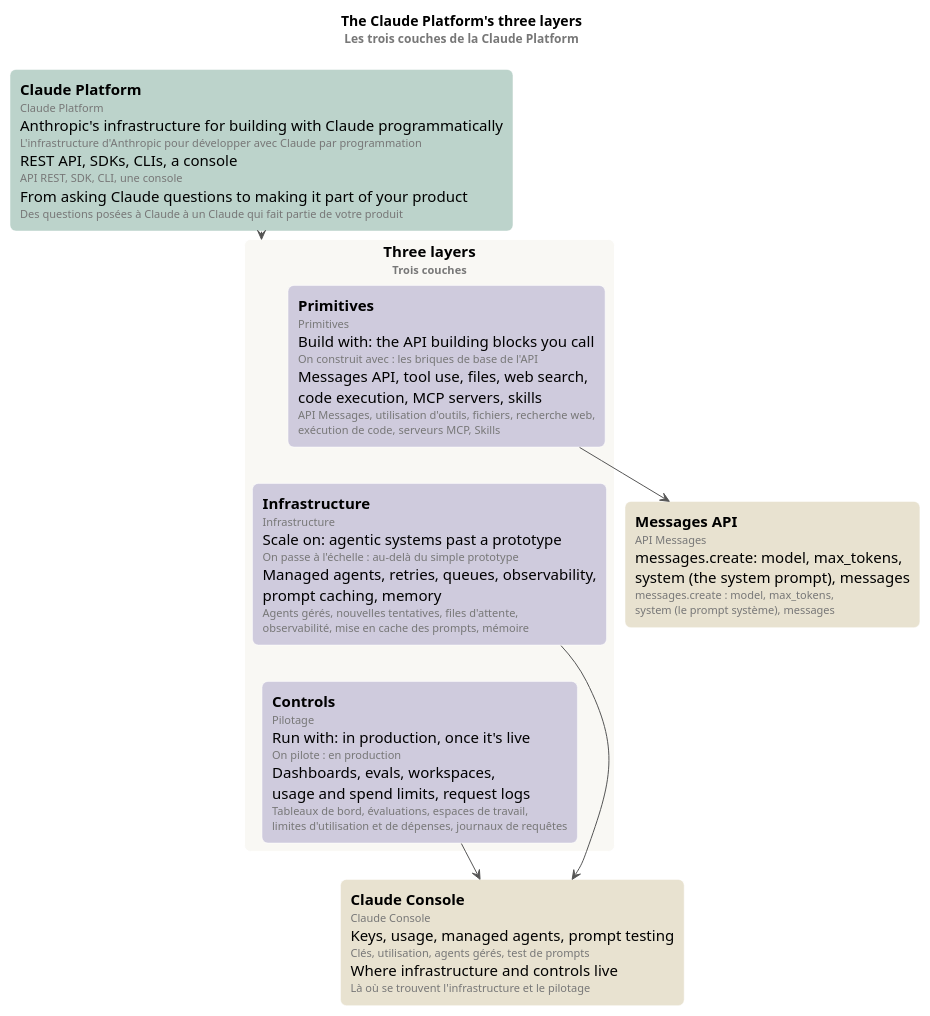
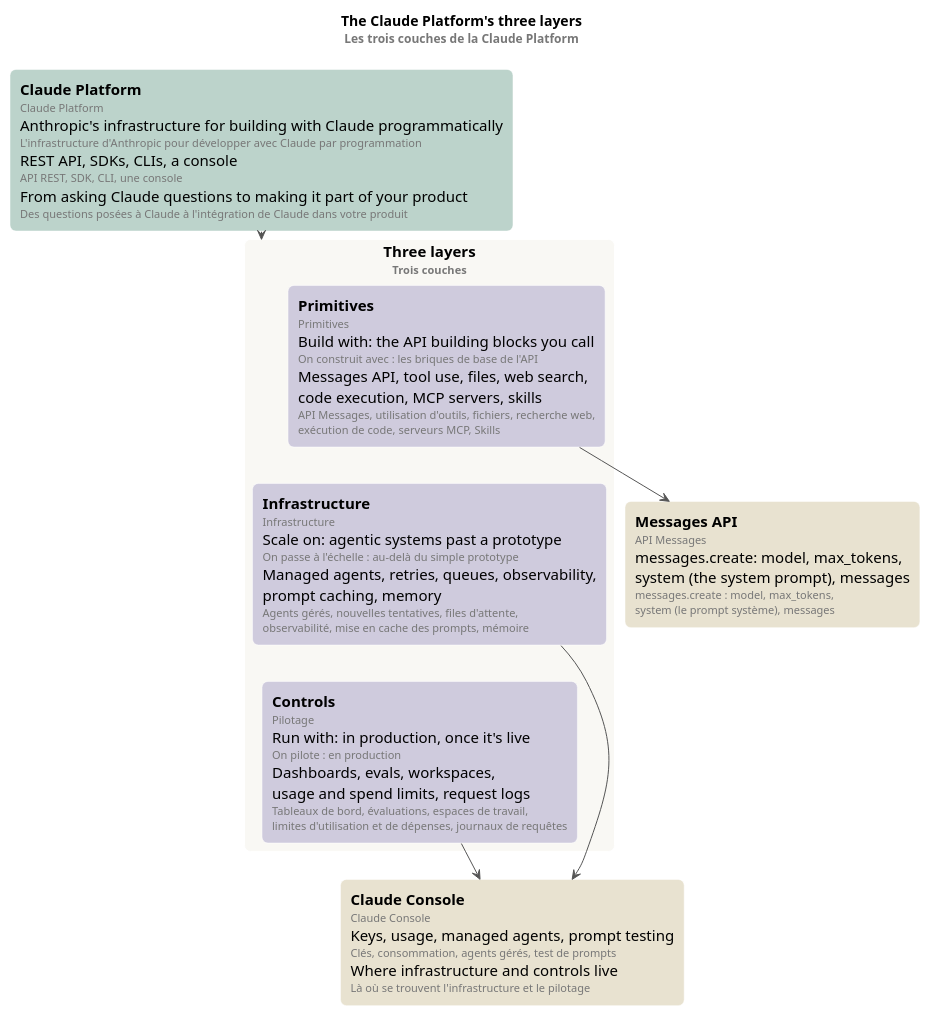
The diagram in 05-claude-platform-101/mindmap/three-layers.puml (ltruchot/anthropic-academy-ai-glossary), drawn with PlantUML before and after one commit. The commit also changed 2 other files, not shown here.

```diff
--- a/05-claude-platform-101/mindmap/three-layers.puml
+++ b/05-claude-platform-101/mindmap/three-layers.puml
@@ -1,42 +1,42 @@
 @startuml three-layers
 ' Render: java -jar plantuml.jar -tsvg three-layers.puml (smetana: no Graphviz needed).
 !pragma layout smetana
 
 skinparam defaultFontName Helvetica
 skinparam shadowing false
 skinparam roundCorner 12
 skinparam ArrowColor #555555
 skinparam rectangle {
   BorderColor #FFFFFF
   FontSize 15
 }
 <style>
 rectangle {
   MinimumWidth 230
 }
 </style>
 
 title The Claude Platform's three layers\n<size:12><color:#777>Les trois couches de la Claude Platform</color></size>
 
-rectangle "**Claude Platform**\n<size:11><color:#777>Claude Platform</color></size>\nAnthropic's infrastructure for building with Claude programmatically\n<size:11><color:#777>L'infrastructure d'Anthropic pour développer avec Claude par programmation</color></size>\nREST API, SDKs, CLIs, a console\n<size:11><color:#777>API REST, SDK, CLI, une console</color></size>\nFrom asking Claude questions to making it part of your product\n<size:11><color:#777>Des questions posées à Claude à un Claude qui fait partie de votre produit</color></size>" as CP #BCD3CB
+rectangle "**Claude Platform**\n<size:11><color:#777>Claude Platform</color></size>\nAnthropic's infrastructure for building with Claude programmatically\n<size:11><color:#777>L'infrastructure d'Anthropic pour développer avec Claude par programmation</color></size>\nREST API, SDKs, CLIs, a console\n<size:11><color:#777>API REST, SDK, CLI, une console</color></size>\nFrom asking Claude questions to making it part of your product\n<size:11><color:#777>Des questions posées à Claude à l'intégration de Claude dans votre produit</color></size>" as CP #BCD3CB
 
 rectangle "**Three layers**\n<size:11><color:#777>Trois couches</color></size>" as THREE #F9F8F4 {
   rectangle "**Primitives**\n<size:11><color:#777>Primitives</color></size>\nBuild with: the API building blocks you call\n<size:11><color:#777>On construit avec : les briques de base de l'API</color></size>\nMessages API, tool use, files, web search,\ncode execution, MCP servers, skills\n<size:11><color:#777>API Messages, utilisation d'outils, fichiers, recherche web,</color></size>\n<size:11><color:#777>exécution de code, serveurs MCP, Skills</color></size>" as PR #CFCBDD
   rectangle "**Infrastructure**\n<size:11><color:#777>Infrastructure</color></size>\nScale on: agentic systems past a prototype\n<size:11><color:#777>On passe à l'échelle : au-delà du simple prototype</color></size>\nManaged agents, retries, queues, observability,\nprompt caching, memory\n<size:11><color:#777>Agents gérés, nouvelles tentatives, files d'attente,</color></size>\n<size:11><color:#777>observabilité, mise en cache des prompts, mémoire</color></size>" as IN #CFCBDD
   rectangle "**Controls**\n<size:11><color:#777>Pilotage</color></size>\nRun with: in production, once it's live\n<size:11><color:#777>On pilote : en production</color></size>\nDashboards, evals, workspaces,\nusage and spend limits, request logs\n<size:11><color:#777>Tableaux de bord, évaluations, espaces de travail,</color></size>\n<size:11><color:#777>limites d'utilisation et de dépenses, journaux de requêtes</color></size>" as CO #CFCBDD
 }
 
 rectangle "**Messages API**\n<size:11><color:#777>API Messages</color></size>\nmessages.create: model, max_tokens,\nsystem (the system prompt), messages\n<size:11><color:#777>messages.create : model, max_tokens,</color></size>\n<size:11><color:#777>system (le prompt système), messages</color></size>" as MA #E8E2D0
 
-rectangle "**Claude Console**\n<size:11><color:#777>Claude Console</color></size>\nKeys, usage, managed agents, prompt testing\n<size:11><color:#777>Clés, utilisation, agents gérés, test de prompts</color></size>\nWhere infrastructure and controls live\n<size:11><color:#777>Là où se trouvent l'infrastructure et le pilotage</color></size>" as CON #E8E2D0
+rectangle "**Claude Console**\n<size:11><color:#777>Claude Console</color></size>\nKeys, usage, managed agents, prompt testing\n<size:11><color:#777>Clés, consommation, agents gérés, test de prompts</color></size>\nWhere infrastructure and controls live\n<size:11><color:#777>Là où se trouvent l'infrastructure et le pilotage</color></size>" as CON #E8E2D0
 
 ' The course's order, top to bottom.
 PR -[hidden]down- IN
 IN -[hidden]down- CO
 
 CP --> THREE
 PR --> MA
 IN --> CON
 CO --> CON
 
 @enduml
```
